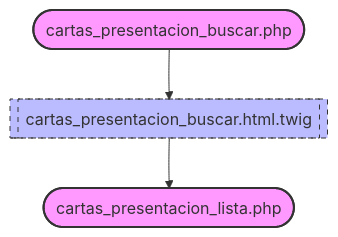
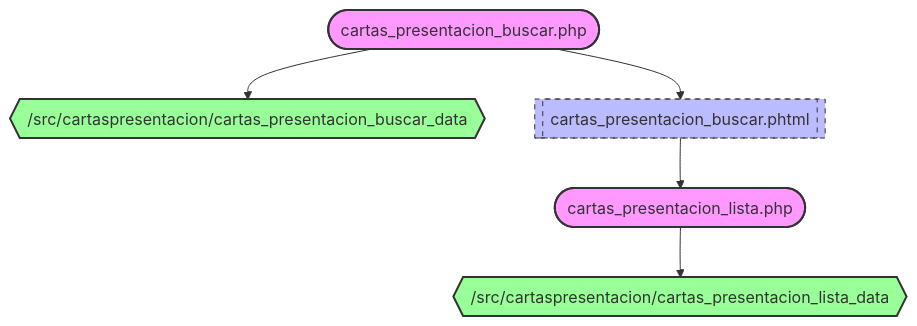
Before and after one commit to olvidio/orbix: the diagram in documentacion/Documentacion_Obix/cartaspresentacion/mapa_cartas_presentacion_buscar.md, drawn with Mermaid. The commit also changed 143 other files, not shown here.

````diff
--- a/documentacion/Documentacion_Obix/cartaspresentacion/mapa_cartas_presentacion_buscar.md
+++ b/documentacion/Documentacion_Obix/cartaspresentacion/mapa_cartas_presentacion_buscar.md
@@ -1,10 +1,13 @@
 ```mermaid
 flowchart TD
     %% Estils de nodes
     classDef controller fill:#f9f,stroke:#333,stroke-width:2px;
     classDef vista fill:#bbf,stroke:#333,stroke-width:1px,stroke-dasharray: 5 5;
+    classDef endpoint fill:#9f9,stroke:#333,stroke-width:2px;
     classDef error fill:#ff9999,stroke:#cc0000,stroke-width:2px;
 
-    apps_cartaspresentacion_controller_cartas_presentacion_buscar_php(["cartas_presentacion_buscar.php"]):::controller --> apps_cartaspresentacion_view_cartas_presentacion_buscar_html_twig[["cartas_presentacion_buscar.html.twig"]]:::vista
-    apps_cartaspresentacion_view_cartas_presentacion_buscar_html_twig --> apps_cartaspresentacion_controller_cartas_presentacion_lista_php(["cartas_presentacion_lista.php"]):::controller
+    frontend_cartaspresentacion_controller_cartas_presentacion_buscar_php(["cartas_presentacion_buscar.php"]):::controller --> src_cartaspresentacion_cartas_presentacion_buscar_data{{"/src/cartaspresentacion/cartas_presentacion_buscar_data"}}:::endpoint
+    frontend_cartaspresentacion_controller_cartas_presentacion_buscar_php --> frontend_cartaspresentacion_view_cartas_presentacion_buscar_phtml[["cartas_presentacion_buscar.phtml"]]:::vista
+    frontend_cartaspresentacion_view_cartas_presentacion_buscar_phtml --> frontend_cartaspresentacion_controller_cartas_presentacion_lista_php(["cartas_presentacion_lista.php"]):::controller
+    frontend_cartaspresentacion_controller_cartas_presentacion_lista_php --> src_cartaspresentacion_cartas_presentacion_lista_data{{"/src/cartaspresentacion/cartas_presentacion_lista_data"}}:::endpoint
 ```
````
